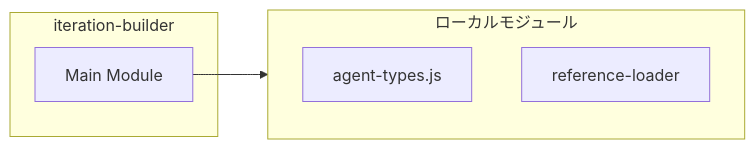
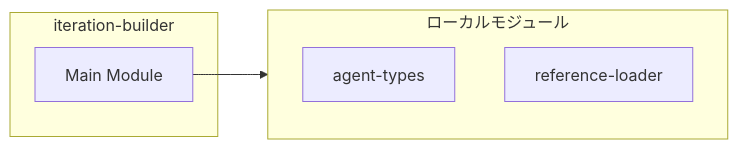
One commit to Mekann2904/mekann changed the second of 4 diagrams in ABDD/.pi/extensions/loop/iteration-builder.md. Above: the diagram before and after it, drawn with Mermaid. The commit also changed other lines of this file and 174 other files, not shown here.

First line of the commit message:
fix(docs): ABDDのMermaid図生成エラーを修正する

````diff
--- a/ABDD/.pi/extensions/loop/iteration-builder.md
+++ b/ABDD/.pi/extensions/loop/iteration-builder.md
@@ -62,11 +62,11 @@
 ```mermaid
 flowchart LR
   subgraph this[iteration-builder]
     main[Main Module]
   end
   subgraph local[ローカルモジュール]
-    agent_types_js["agent-types.js"]
+    agent_types["agent-types"]
     reference_loader["reference-loader"]
   end
   main --> local
 ```
````
